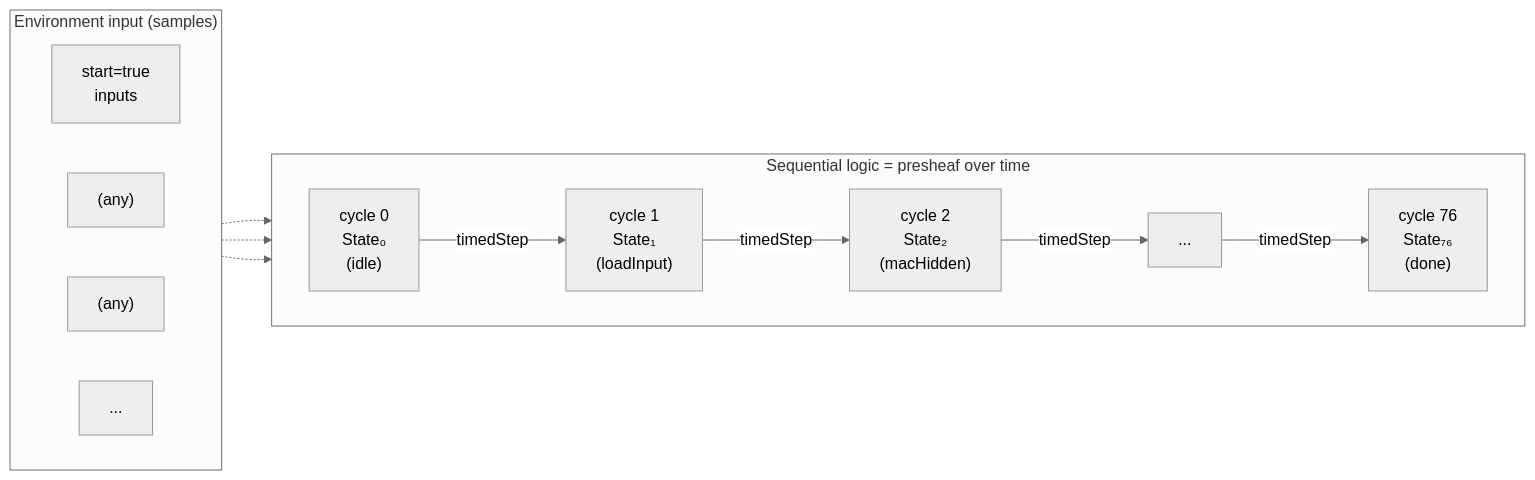
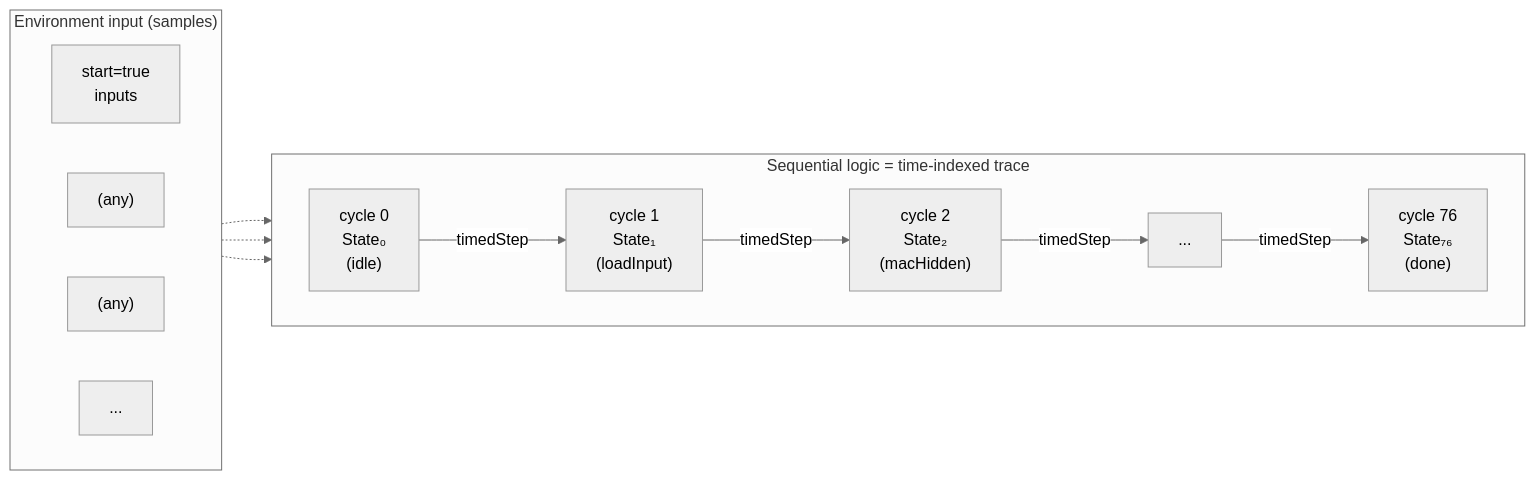
Before and after one commit to dfdgsdfg/ann-rtl-lean-poc: the fourth of 24 diagrams in docs/hardware-mathematics.md, drawn with Mermaid (neutral theme). The commit also changed other lines of this file and 7 other files, not shown here.

````diff
--- a/docs/hardware-mathematics.md
+++ b/docs/hardware-mathematics.md
@@ -285,25 +285,25 @@
 ```mermaid
 graph LR
-    subgraph "Sequential logic = presheaf over time"
+    subgraph "Sequential logic = time-indexed trace"
         direction LR
         T0["cycle 0<br/>State₀<br/>(idle)"]
         T1["cycle 1<br/>State₁<br/>(loadInput)"]
         T2["cycle 2<br/>State₂<br/>(macHidden)"]
         TD["..."]
         T76["cycle 76<br/>State₇₆<br/>(done)"]
 
         T0 -->|"timedStep"| T1 -->|"timedStep"| T2 -->|"timedStep"| TD -->|"timedStep"| T76
     end
 
     subgraph "Environment input (samples)"
         direction LR
         S0["start=true<br/>inputs"]
         S1["(any)"]
         S2["(any)"]
         SD2["..."]
     end
 
     S0 -.-> T0
     S1 -.-> T1
     S2 -.-> T2
 ```
````
